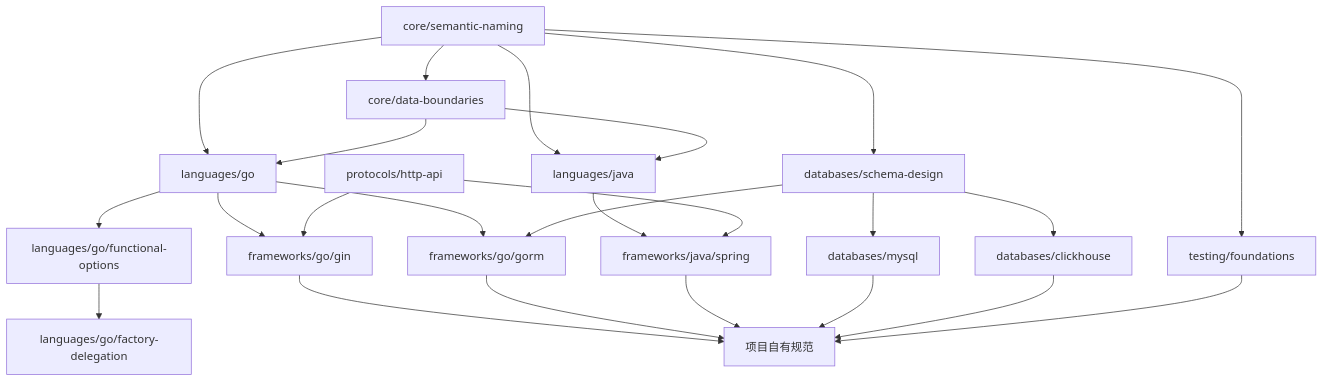
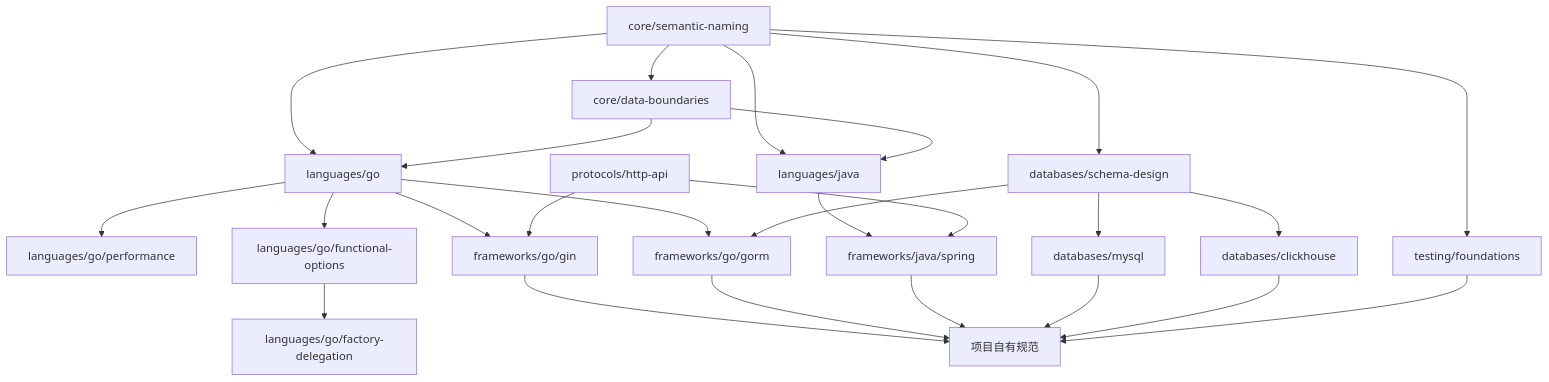
The first of 4 diagrams in docs/specification-model.zh-CN.md (XiaoWeiKIN/EngineeringSpecifications), drawn with Mermaid before and after one commit. The commit also changed other lines of this file and 31 other files, not shown here.

````diff
--- a/docs/specification-model.zh-CN.md
+++ b/docs/specification-model.zh-CN.md
@@ -33,42 +33,44 @@
 ```mermaid
 flowchart TB
     Naming["core/semantic-naming"]
     Boundary["core/data-boundaries"]
     Go["languages/go"]
+    GoPerformance["languages/go/performance"]
     GoOptions["languages/go/functional-options"]
     GoFactory["languages/go/factory-delegation"]
     Java["languages/java"]
     HTTP["protocols/http-api"]
     Gin["frameworks/go/gin"]
     Gorm["frameworks/go/gorm"]
     Spring["frameworks/java/spring"]
     Schema["databases/schema-design"]
     MySQL["databases/mysql"]
     ClickHouse["databases/clickhouse"]
     Testing["testing/foundations"]
     Project["项目自有规范"]
 
     Naming --> Boundary
     Naming --> Go
     Boundary --> Go
+    Go --> GoPerformance
     Go --> GoOptions
     GoOptions --> GoFactory
     Naming --> Java
     Boundary --> Java
     Naming --> Schema
     Naming --> Testing
     Go --> Gin
     HTTP --> Gin
     Go --> Gorm
     Schema --> Gorm
     Java --> Spring
     HTTP --> Spring
     Schema --> MySQL
     Schema --> ClickHouse
     Gin --> Project
     Gorm --> Project
     Spring --> Project
     MySQL --> Project
     ClickHouse --> Project
     Testing --> Project
 ```
````
